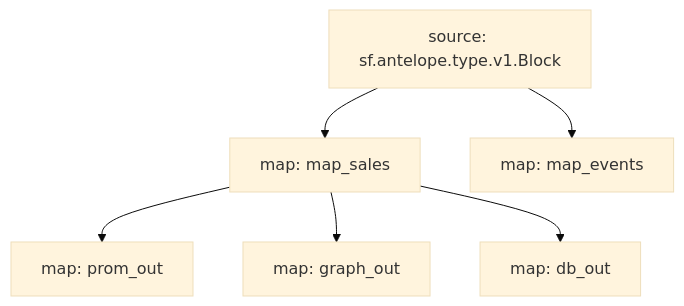
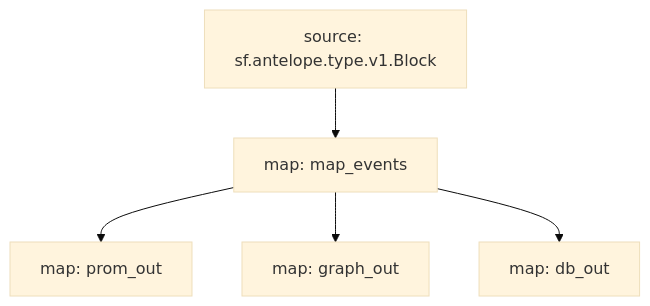
One commit to pinax-network/substreams-atomicmarket changed the diagram in README.md. Above: the diagram before and after it, drawn with Mermaid (base theme). The commit also changed other lines of this file and 9 other files, not shown here.

Commit message:
merged map_sales into map_events module

````diff
--- a/README.md
+++ b/README.md
@@ -20,14 +20,11 @@
 ```mermaid
 graph TD;
-  map_sales[map: map_sales];
-  sf.antelope.type.v1.Block[source: sf.antelope.type.v1.Block] --> map_sales;
   map_events[map: map_events];
   sf.antelope.type.v1.Block[source: sf.antelope.type.v1.Block] --> map_events;
   prom_out[map: prom_out];
-  map_sales --> prom_out;
+  map_events --> prom_out;
   graph_out[map: graph_out];
-  map_sales --> graph_out;
+  map_events --> graph_out;
   db_out[map: db_out];
-  map_sales --> db_out;
-
+  map_events --> db_out;
 ```
````
